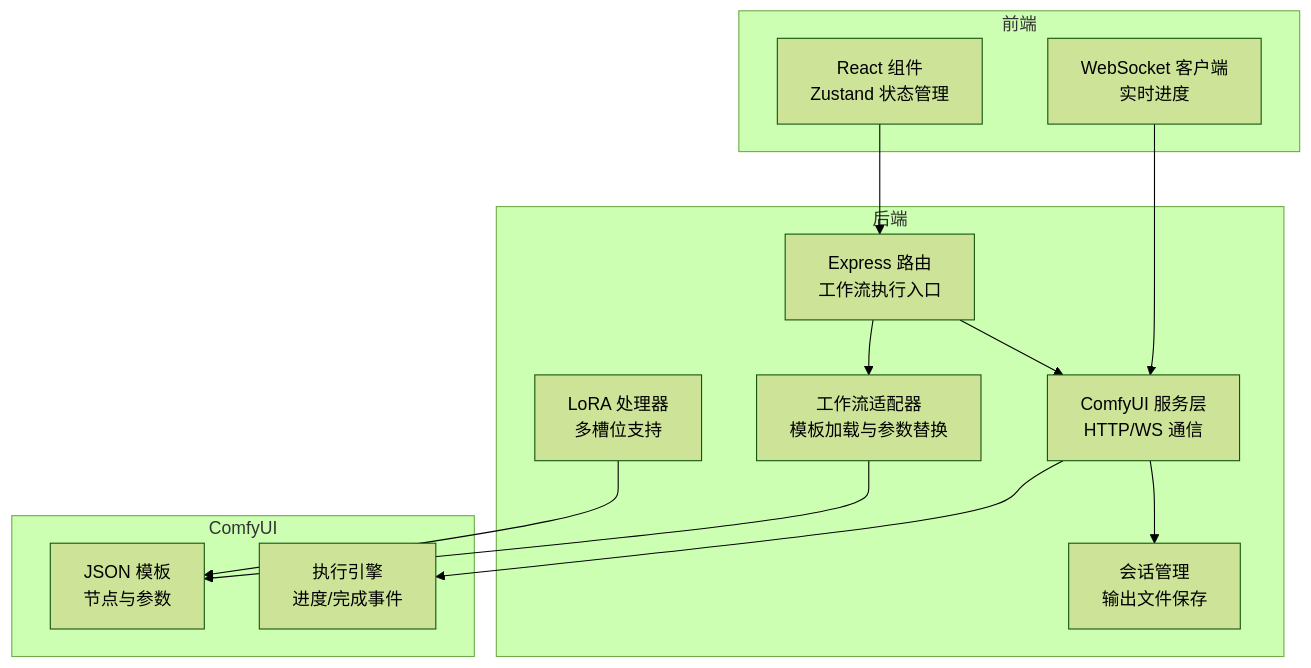
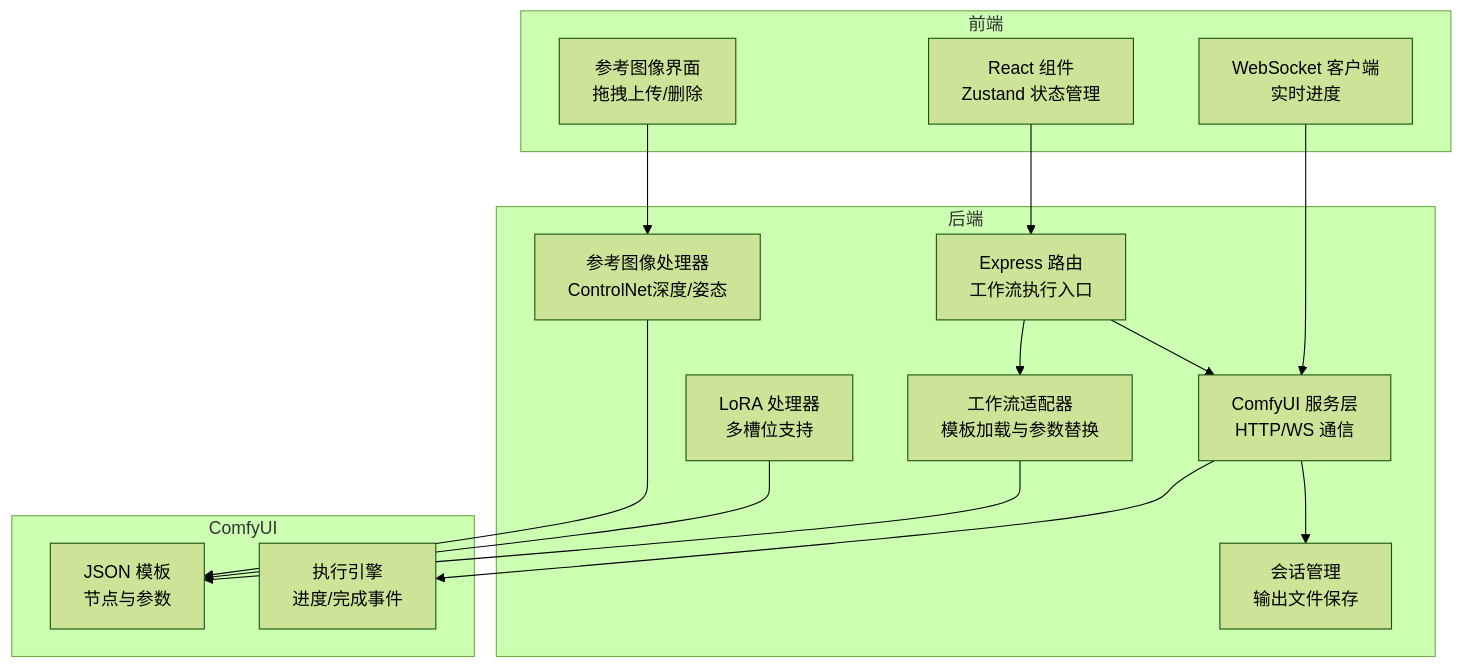
One commit to billye220670/CorineKit_Pix2Real changed the first of 12 diagrams in .qoder/repowiki/zh/content/工作流系统/工作流系统.md. Above: the diagram before and after it, drawn with Mermaid (forest theme). The commit also changed other lines of this file and 11 other files, not shown here.

````diff
--- a/.qoder/repowiki/zh/content/工作流系统/工作流系统.md
+++ b/.qoder/repowiki/zh/content/工作流系统/工作流系统.md
@@ -66,26 +70,30 @@
 ```mermaid
 graph TB
 subgraph "前端"
 UI["React 组件<br/>Zustand 状态管理"]
 WS["WebSocket 客户端<br/>实时进度"]
+RefUI["参考图像界面<br/>拖拽上传/删除"]
 end
 subgraph "后端"
 Router["Express 路由<br/>工作流执行入口"]
 Adapter["工作流适配器<br/>模板加载与参数替换"]
 Service["ComfyUI 服务层<br/>HTTP/WS 通信"]
 Session["会话管理<br/>输出文件保存"]
 LoRAHandler["LoRA 处理器<br/>多槽位支持"]
+RefHandler["参考图像处理器<br/>ControlNet深度/姿态"]
 end
 subgraph "ComfyUI"
 Template["JSON 模板<br/>节点与参数"]
 Engine["执行引擎<br/>进度/完成事件"]
 end
 UI --> Router
 WS --> Service
 Router --> Adapter
 Adapter --> Template
 LoRAHandler --> Template
+RefHandler --> Template
 Router --> Service
 Service --> Engine
 Service --> Session
+RefUI --> RefHandler
 ```
````
